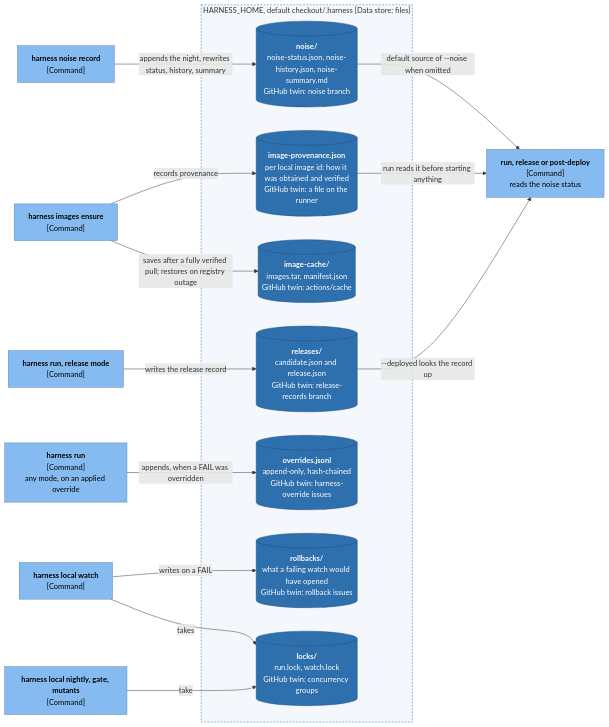
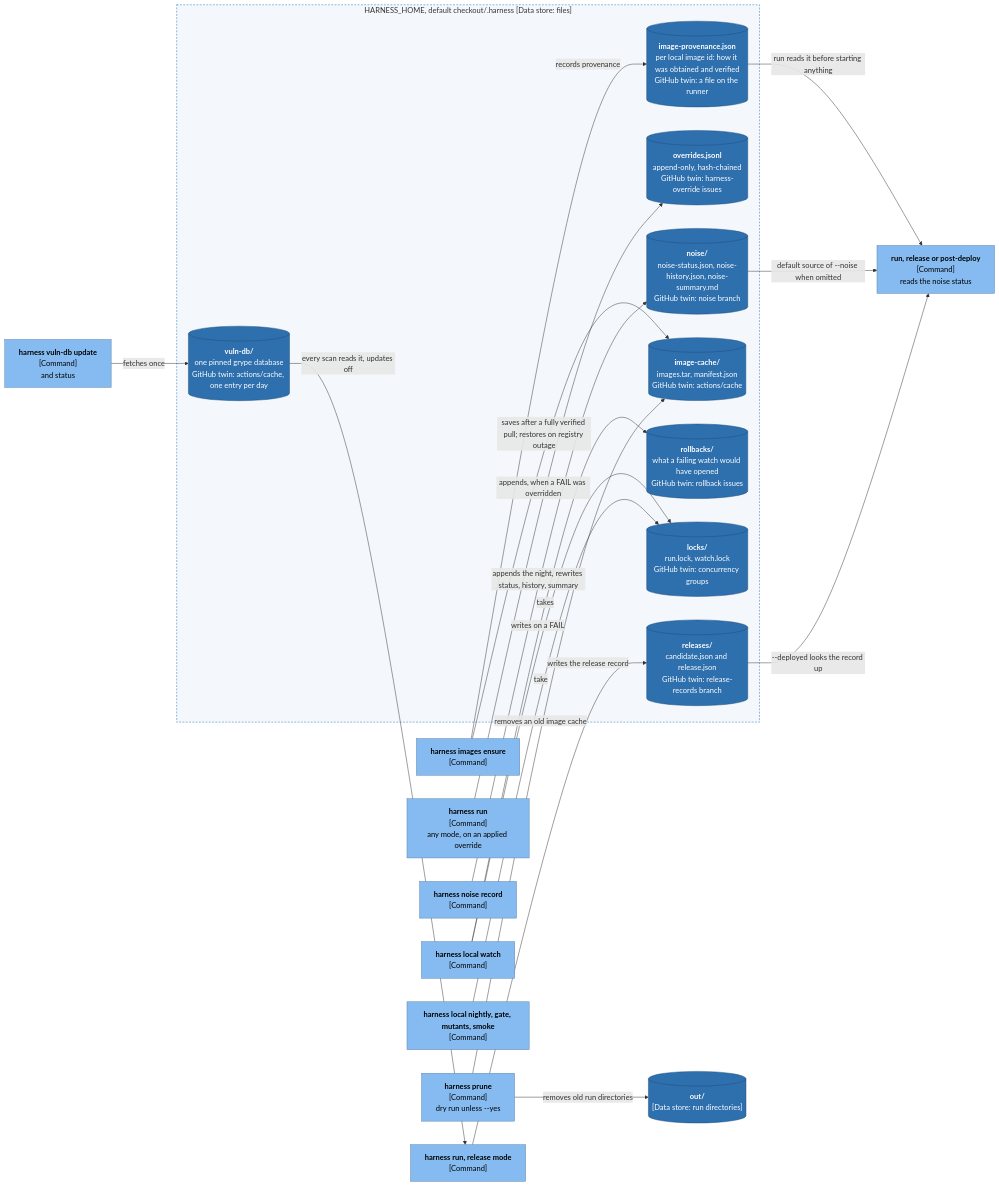
Before and after one commit to tutors-sdk/tutors-release-harness: the fourth of 4 diagrams in docs/architecture/02-containers.md, drawn with Mermaid. The commit also changed other lines of this file and 6 other files, not shown here.

First line of the commit message:
Architecture docs: bring the C4 set up to harness 1.4.1 and the merged monorepo work

````diff
--- a/docs/architecture/02-containers.md
+++ b/docs/architecture/02-containers.md
@@ -205,36 +216,44 @@
 ```mermaid
 flowchart LR
   ensure["<b>harness images ensure</b><br/>[Command]"]:::component
   runrel["<b>harness run, release mode</b><br/>[Command]"]:::component
   runany["<b>harness run</b><br/>[Command]<br/>any mode, on an applied override"]:::component
   rec["<b>harness noise record</b><br/>[Command]"]:::component
   gatecmd["<b>run, release or post-deploy</b><br/>[Command]<br/>reads the noise status"]:::component
   watch["<b>harness local watch</b><br/>[Command]"]:::component
-  wrappers["<b>harness local nightly, gate, mutants</b><br/>[Command]"]:::component
+  wrappers["<b>harness local nightly, gate, mutants, smoke</b><br/>[Command]"]:::component
+  vdb["<b>harness vuln-db update</b><br/>[Command]<br/>and status"]:::component
+  prune["<b>harness prune</b><br/>[Command]<br/>dry run unless --yes"]:::component
+  out[("<b>out/</b><br/>[Data store: run directories]")]:::store
 
   subgraph home["HARNESS_HOME, default checkout/.harness [Data store: files]"]
     noise[("<b>noise/</b><br/>noise-status.json, noise-history.json, noise-summary.md<br/>GitHub twin: noise branch")]:::store
     cache[("<b>image-cache/</b><br/>images.tar, manifest.json<br/>GitHub twin: actions/cache")]:::store
     ledger[("<b>image-provenance.json</b><br/>per local image id: how it was obtained and verified<br/>GitHub twin: a file on the runner")]:::store
     releases[("<b>releases/</b><br/>candidate.json and release.json<br/>GitHub twin: release-records branch")]:::store
     overrides[("<b>overrides.jsonl</b><br/>append-only, hash-chained<br/>GitHub twin: harness-override issues")]:::store
     rollbacks[("<b>rollbacks/</b><br/>what a failing watch would have opened<br/>GitHub twin: rollback issues")]:::store
     locks[("<b>locks/</b><br/>run.lock, watch.lock<br/>GitHub twin: concurrency groups")]:::store
+    vuln[("<b>vuln-db/</b><br/>one pinned grype database<br/>GitHub twin: actions/cache, one entry per day")]:::store
   end
 
   ensure -->|"records provenance"| ledger
   ensure -->|"saves after a fully verified pull; restores on registry outage"| cache
   runrel -->|"writes the release record"| releases
   runany -->|"appends, when a FAIL was overridden"| overrides
   rec -->|"appends the night, rewrites status, history, summary"| noise
   noise -->|"default source of --noise when omitted"| gatecmd
   releases -->|"--deployed looks the record up"| gatecmd
   ledger -->|"run reads it before starting anything"| gatecmd
   watch -->|"writes on a FAIL"| rollbacks
   wrappers -->|"take"| locks
   watch -->|"takes"| locks
+  vdb -->|"fetches once"| vuln
+  vuln -->|"every scan reads it, updates off"| runrel
+  prune -->|"removes old run directories"| out
+  prune -->|"removes an old image cache"| cache
 
   classDef component fill:#85bbf0,stroke:#5d82a8,color:#000000
   classDef store fill:#2e6fae,stroke:#1f4d7a,color:#ffffff
   style home fill:#f4f8fc,stroke:#1168bd,stroke-dasharray:4 3
 ```
````
